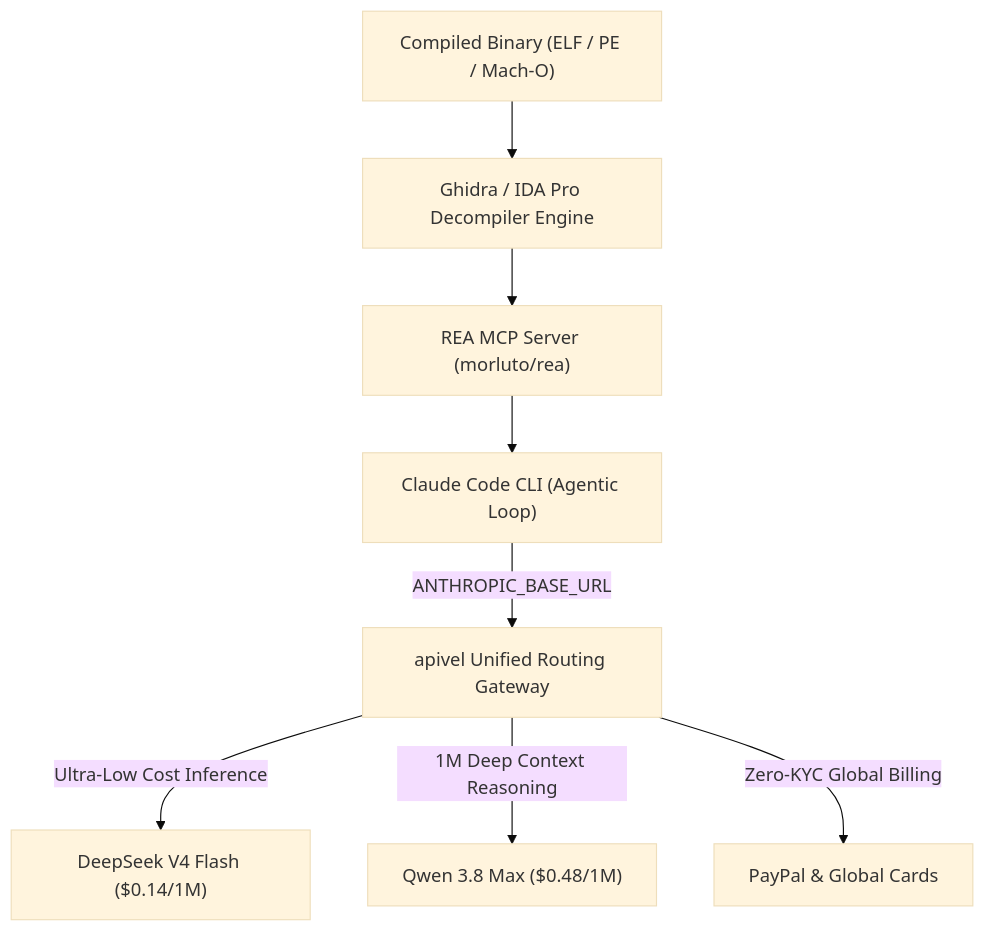
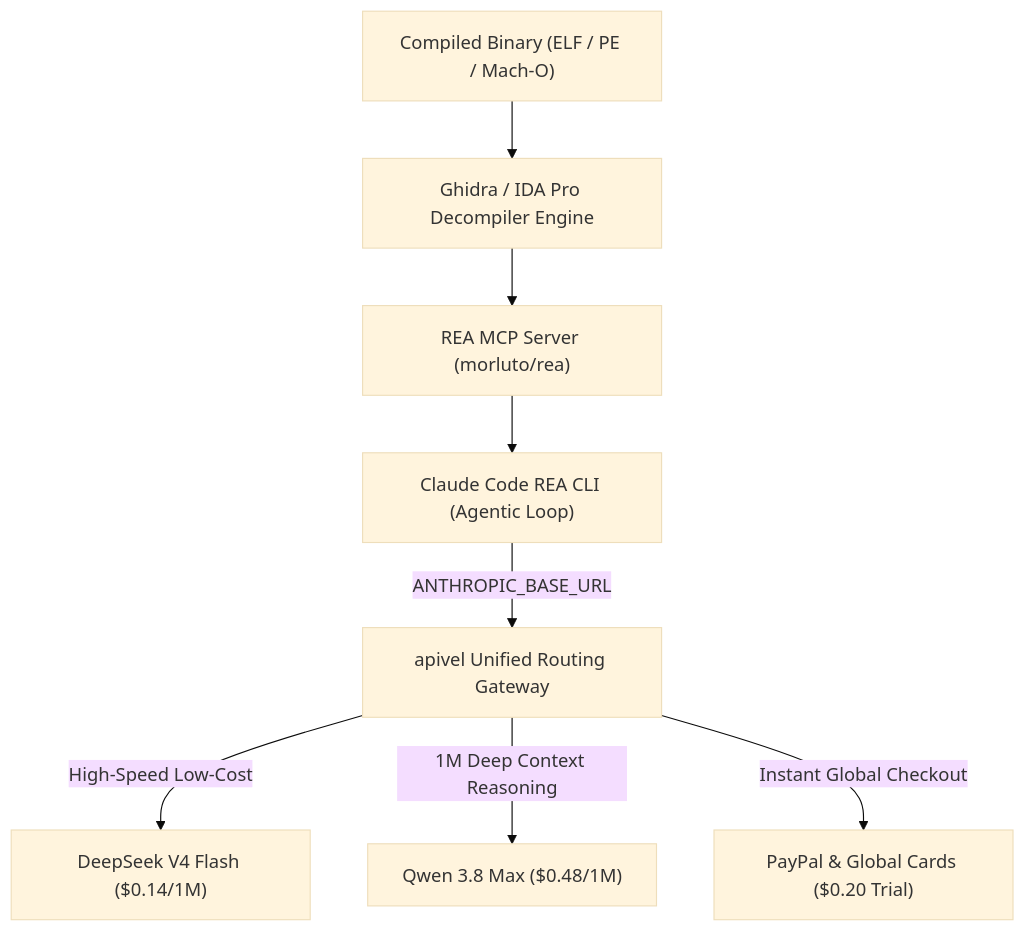
Before and after one commit to bshx2024/apivel_blog: the diagram in src/content/blog/claude-code-rea-setup-limits-cost.md, drawn with Mermaid (base theme). The commit also changed other lines of this file and 2 other files, not shown here.

Commit message:
seo: realign target keyword to Claude Code REA, optimize meta description and prune word count to 1750

````diff
--- a/src/content/blog/claude-code-rea-setup-limits-cost.md
+++ b/src/content/blog/claude-code-rea-setup-limits-cost.md
@@ -44,10 +44,10 @@
 ```mermaid
 graph TD
     A["Compiled Binary (ELF / PE / Mach-O)"] --> B["Ghidra / IDA Pro Decompiler Engine"]
     B --> C["REA MCP Server (morluto/rea)"]
-    C --> D["Claude Code CLI (Agentic Loop)"]
+    C --> D["Claude Code REA CLI (Agentic Loop)"]
     D -->|ANTHROPIC_BASE_URL| E["apivel Unified Routing Gateway"]
-    E -->|Ultra-Low Cost Inference| F["DeepSeek V4 Flash ($0.14/1M)"]
+    E -->|High-Speed Low-Cost| F["DeepSeek V4 Flash ($0.14/1M)"]
     E -->|1M Deep Context Reasoning| G["Qwen 3.8 Max ($0.48/1M)"]
-    E -->|Zero-KYC Global Billing| H["PayPal & Global Cards"]
+    E -->|Instant Global Checkout| H["PayPal & Global Cards ($0.20 Trial)"]
 ```
````
